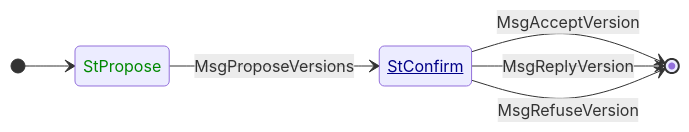
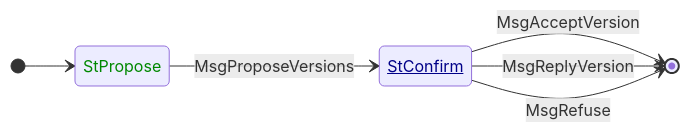
The diagram in src/network/handshake.md (rkuhn/cardano-blueprint), drawn with Mermaid before and after one commit.

Commit message:
Fix MsgRefuse in state diagram

````diff
--- a/src/network/handshake.md
+++ b/src/network/handshake.md
@@ -13,16 +13,16 @@
 ```mermaid
 stateDiagram
 
     [*] --> StPropose
     StPropose --> StConfirm: MsgProposeVersions
     StConfirm --> [*]: MsgAcceptVersion
     StConfirm --> [*]: MsgReplyVersion
-    StConfirm --> [*]: MsgRefuseVersion
+    StConfirm --> [*]: MsgRefuse
 
     direction LR
 
     classDef initiator color:#080
     classDef responder color:#008, text-decoration: underline
     class StPropose initiator
     class StConfirm responder
 ```
````
